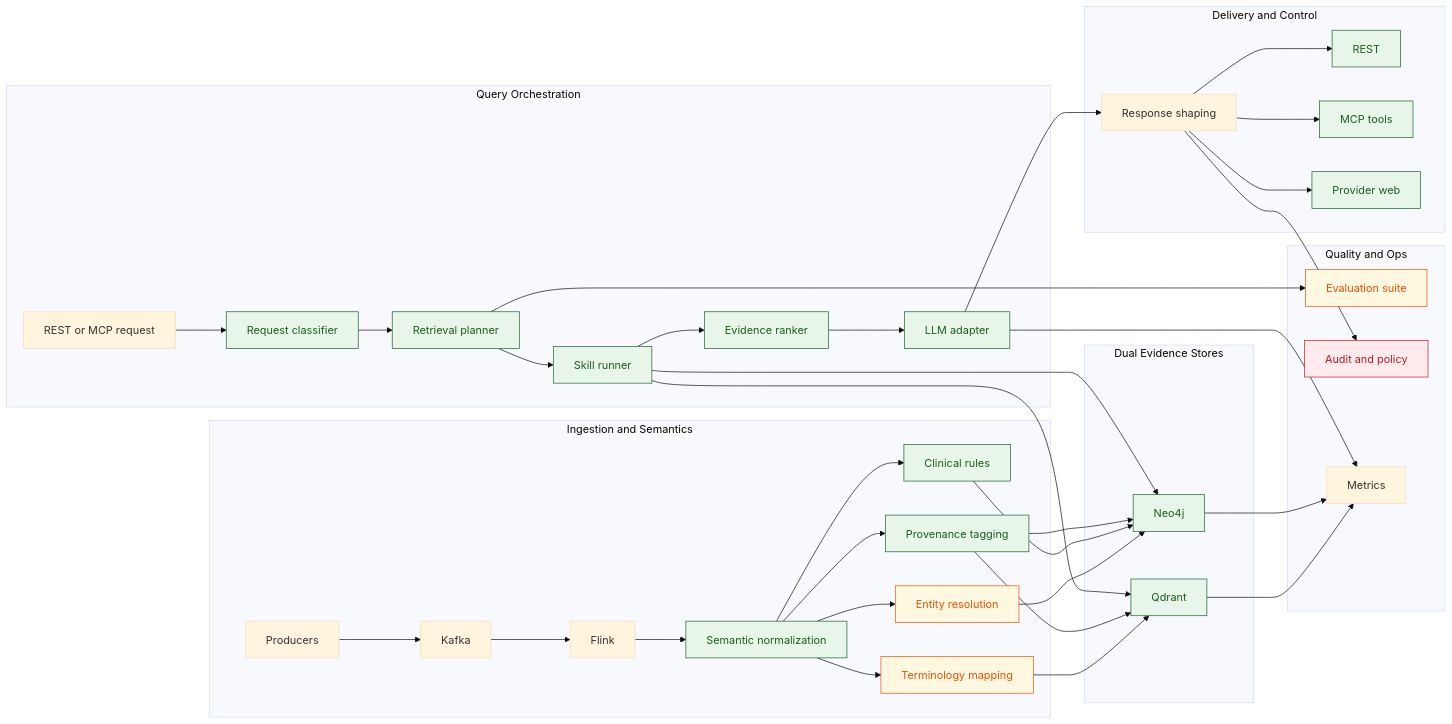
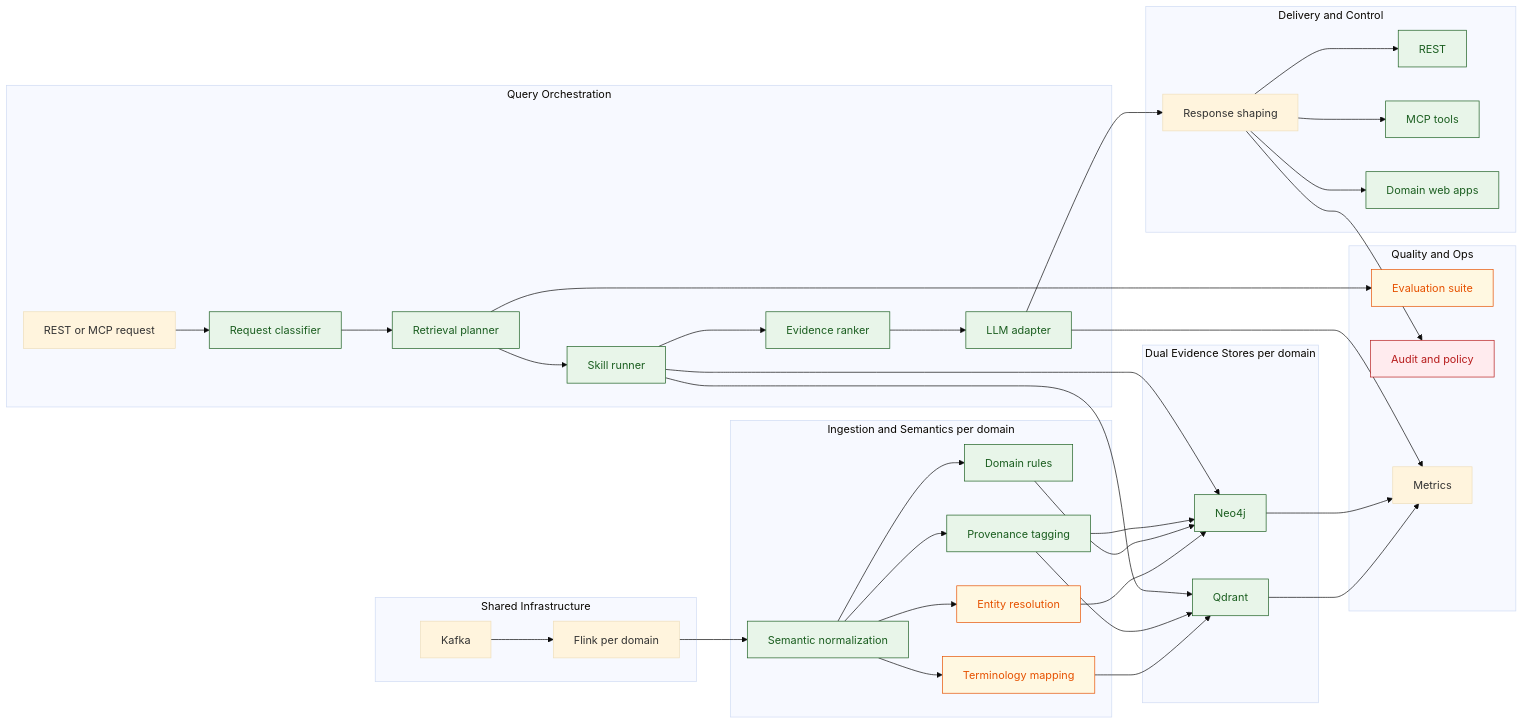
Before and after one commit to wchen-dea/Agentic-AI-Healthcare-GraphRAG: the diagram in docs/target_architecture.md, drawn with Mermaid (base theme). The commit also changed 11 other files, not shown here.

````diff
--- a/docs/target_architecture.md
+++ b/docs/target_architecture.md
@@ -98,53 +98,56 @@
 ```mermaid
 flowchart LR
-  subgraph Ingestion[Ingestion and Semantics]
-    P[Producers] --> K[Kafka]
-    K --> F[Flink]
+  subgraph Infra[Shared Infrastructure]
+    K[Kafka]
+    K --> F[Flink per domain]
+  end
+
+  subgraph Ingestion[Ingestion and Semantics per domain]
     F --> NORM[Semantic normalization]
     NORM --> TERM[Terminology mapping]
     NORM --> ER[Entity resolution]
-    NORM --> RULES[Clinical rules]
+    NORM --> RULES[Domain rules]
     NORM --> PROV[Provenance tagging]
   end
 
-  subgraph Stores[Dual Evidence Stores]
+  subgraph Stores[Dual Evidence Stores per domain]
     TERM --> Q[Qdrant]
     ER --> G[Neo4j]
     RULES --> G
     PROV --> Q
     PROV --> G
   end
 
   subgraph Query[Query Orchestration]
     API[REST or MCP request] --> CLS[Request classifier]
     CLS --> PLAN[Retrieval planner]
     PLAN --> SK[Skill runner]
     SK --> Q
     SK --> G
     SK --> RANK[Evidence ranker]
     RANK --> LLM[LLM adapter]
   end
 
   subgraph Delivery[Delivery and Control]
     LLM --> RESP[Response shaping]
     RESP --> REST[REST]
     RESP --> MCP[MCP tools]
-    RESP --> UI[Provider web]
+    RESP --> UI[Domain web apps]
   end
 
   subgraph Ops[Quality and Ops]
     PLAN --> QA[Evaluation suite]
     RESP --> AUDIT[Audit and policy]
     Q --> MET[Metrics]
     G --> MET
     LLM --> MET
   end
 
    classDef done fill:#e8f5e9,stroke:#1b5e20,stroke-width:1px,color:#1b5e20;
    classDef progress fill:#fff8e1,stroke:#e65100,stroke-width:1px,color:#e65100;
    classDef pending fill:#ffebee,stroke:#b71c1c,stroke-width:1px,color:#b71c1c;
 
    class NORM,RULES,PROV,Q,G,CLS,PLAN,SK,RANK,LLM,REST,MCP,UI done;
    class TERM,ER,QA progress;
    class AUDIT pending;
 ```
````
